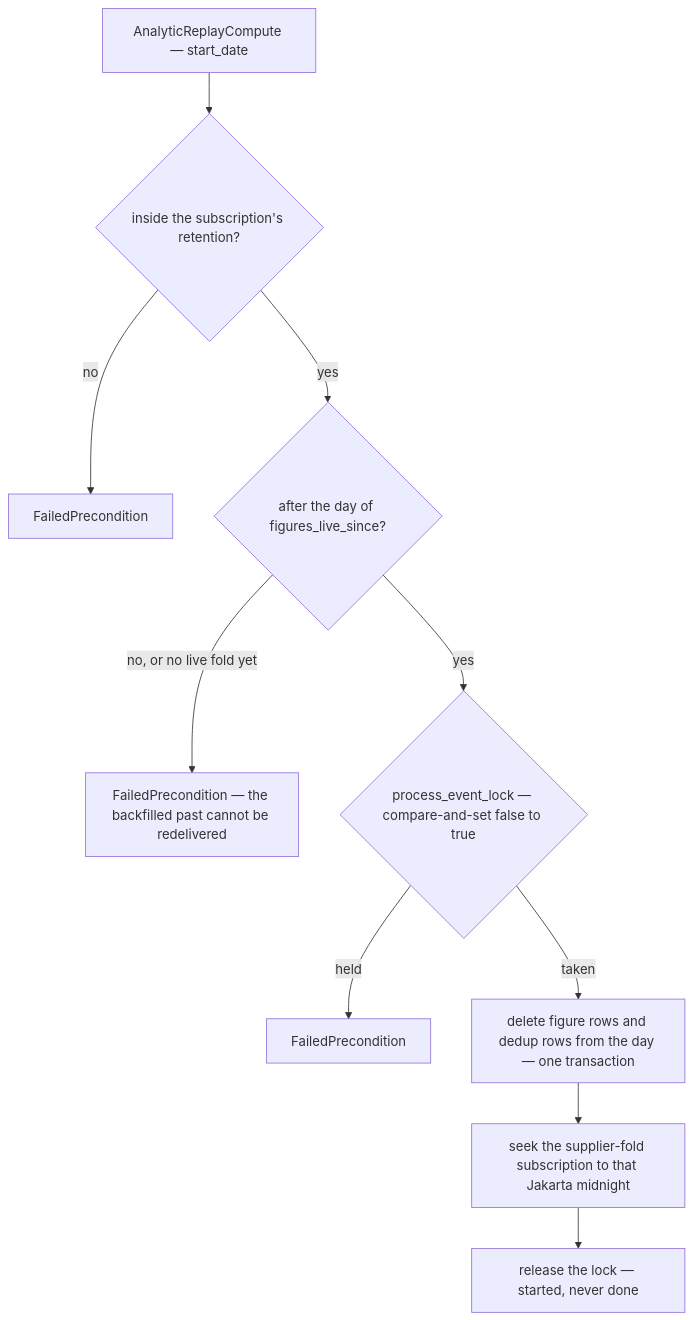
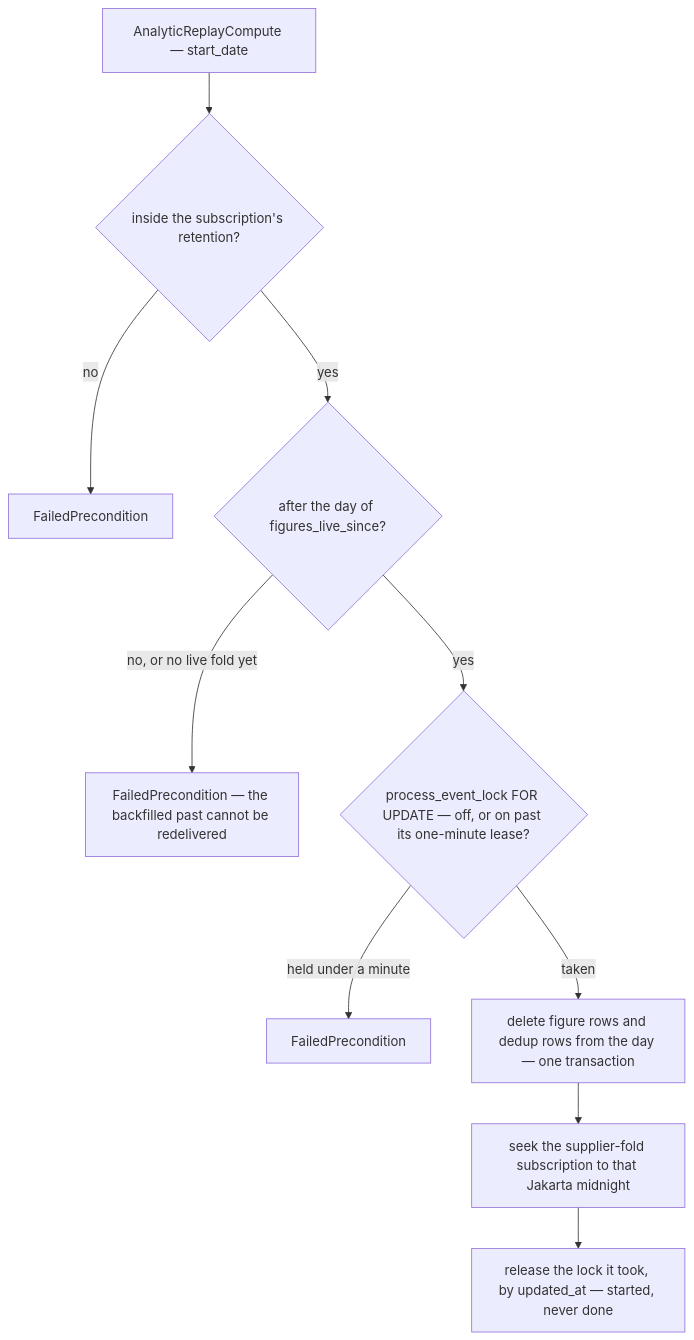
One commit to pdcgo/warehouse_revamp changed the sixth of 6 diagrams in docs/services/supplier_service/rpc.md. Above: the diagram before and after it, drawn with Mermaid. The commit also changed other lines of this file and 703 other files, not shown here.

````diff
--- a/docs/services/supplier_service/rpc.md
+++ b/docs/services/supplier_service/rpc.md
@@ -182,12 +182,12 @@
 ```mermaid
 flowchart TD
   R["AnalyticReplayCompute — start_date"] --> W{"inside the subscription's retention?"}
   W -->|"no"| X1["FailedPrecondition"]
   W -->|"yes"| L{"after the day of figures_live_since?"}
   L -->|"no, or no live fold yet"| X2["FailedPrecondition — the backfilled past cannot be redelivered"]
-  L -->|"yes"| K{"process_event_lock — compare-and-set false to true"}
-  K -->|"held"| X3["FailedPrecondition"]
+  L -->|"yes"| K{"process_event_lock FOR UPDATE — off, or on past its one-minute lease?"}
+  K -->|"held under a minute"| X3["FailedPrecondition"]
   K -->|"taken"| D["delete figure rows and dedup rows from the day — one transaction"]
   D --> S["seek the supplier-fold subscription to that Jakarta midnight"]
-  S --> U["release the lock — started, never done"]
+  S --> U["release the lock it took, by updated_at — started, never done"]
 ```
````
